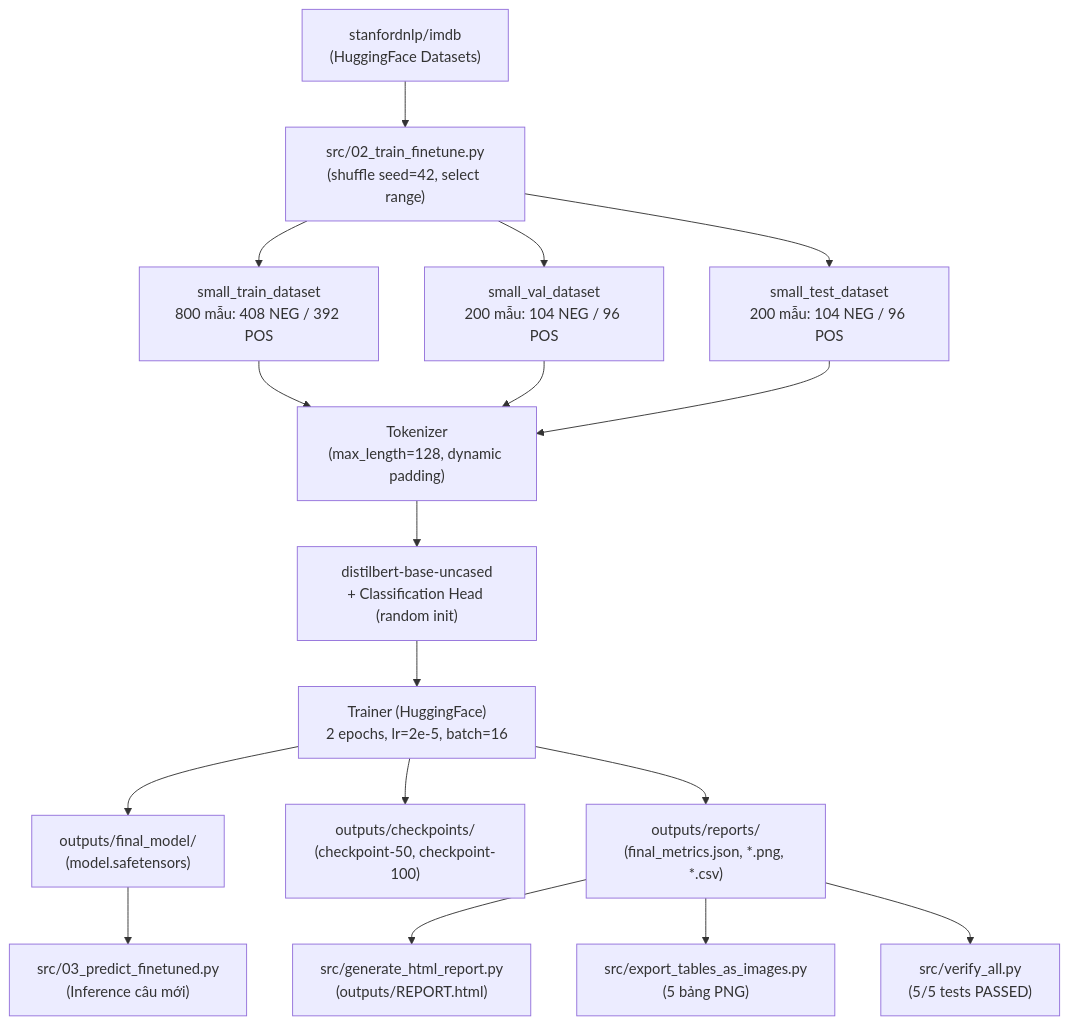
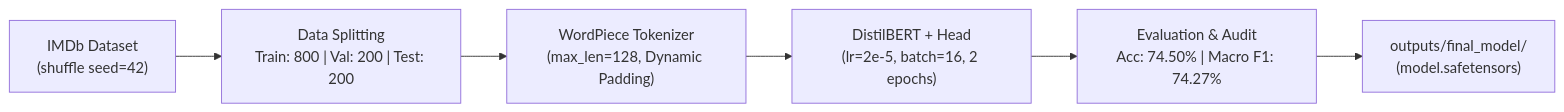
The diagram in README.md (nguyenthinhuy04062006-droid/DL_lab3), drawn with Mermaid before and after one commit. The commit also changed other lines of this file and 10 other files, not shown here.

Commit message:
refactor(docs): condense all markdown documentation under 200 lines and fix verify_all test 4

````diff
--- a/README.md
+++ b/README.md
@@ -46,23 +22,8 @@
 ```mermaid
-flowchart TD
-    A["stanfordnlp/imdb<br/>(HuggingFace Datasets)"] --> B["src/02_train_finetune.py<br/>(shuffle seed=42, select range)"]
-    B --> C["small_train_dataset<br/>800 mẫu: 408 NEG / 392 POS"]
-    B --> D["small_val_dataset<br/>200 mẫu: 104 NEG / 96 POS"]
-    B --> E["small_test_dataset<br/>200 mẫu: 104 NEG / 96 POS"]
-
-    C --> F["Tokenizer<br/>(max_length=128, dynamic padding)"]
-    D --> F
-    E --> F
-
-    F --> G["distilbert-base-uncased<br/>+ Classification Head (random init)"]
-    G --> H["Trainer (HuggingFace)<br/>2 epochs, lr=2e-5, batch=16"]
-
-    H --> I["outputs/final_model/<br/>(model.safetensors)"]
-    H --> J["outputs/checkpoints/<br/>(checkpoint-50, checkpoint-100)"]
-    H --> K["outputs/reports/<br/>(final_metrics.json, *.png, *.csv)"]
-
-    I --> L["src/03_predict_finetuned.py<br/>(Inference câu mới)"]
-    K --> M["src/generate_html_report.py<br/>(outputs/REPORT.html)"]
-    K --> N["src/export_tables_as_images.py<br/>(5 bảng PNG)"]
-    K --> O["src/verify_all.py<br/>(5/5 tests PASSED)"]
+flowchart LR
+    A["IMDb Dataset<br/>(shuffle seed=42)"] --> B["Data Splitting<br/>Train: 800 | Val: 200 | Test: 200"]
+    B --> C["WordPiece Tokenizer<br/>(max_len=128, Dynamic Padding)"]
+    C --> D["DistilBERT + Head<br/>(lr=2e-5, batch=16, 2 epochs)"]
+    D --> E["Evaluation & Audit<br/>Acc: 74.50% | Macro F1: 74.27%"]
+    E --> F["outputs/final_model/<br/>(model.safetensors)"]
 ```
````
